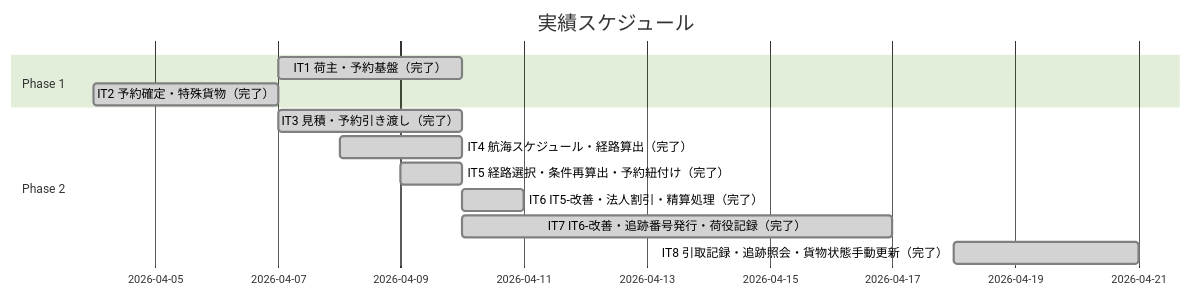
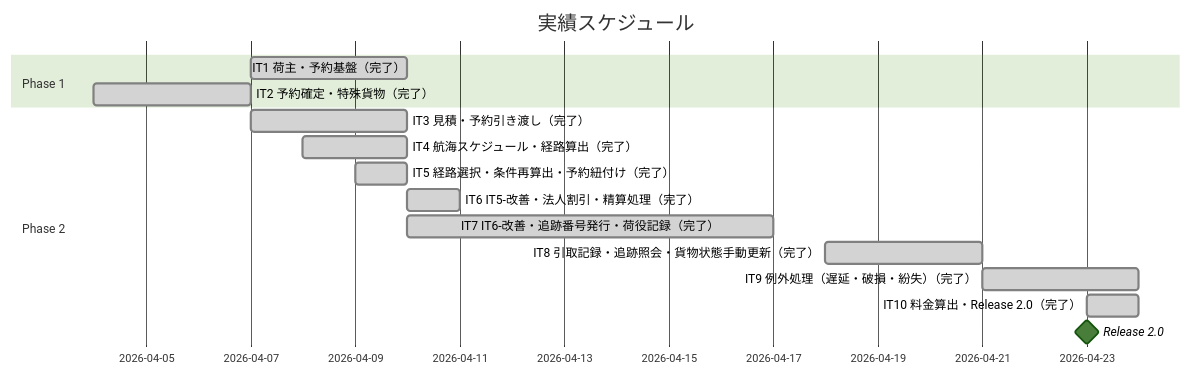
Before and after one commit to k2works/case-study-cargo-tracker: the second of 3 diagrams in docs/development/release_plan.md, drawn with Mermaid (forest theme). The commit also changed other lines of this file and 3 other files, not shown here.

````diff
--- a/docs/development/release_plan.md
+++ b/docs/development/release_plan.md
@@ -159,15 +159,18 @@
 ```mermaid
 gantt
     title 実績スケジュール
     dateFormat  YYYY-MM-DD
     section Phase 1
     IT1 荷主・予約基盤（完了）         :done, a1, 2026-04-07, 3d
     IT2 予約確定・特殊貨物（完了）     :done, a2, 2026-04-04, 3d
     section Phase 2
     IT3 見積・予約引き渡し（完了）     :done, a3, 2026-04-07, 3d
     IT4 航海スケジュール・経路算出（完了） :done, a4, 2026-04-08, 2d
     IT5 経路選択・条件再算出・予約紐付け（完了） :done, a5, 2026-04-09, 1d
     IT6 IT5-改善・法人割引・精算処理（完了） :done, a6, 2026-04-10, 1d
     IT7 IT6-改善・追跡番号発行・荷役記録（完了） :done, a7, 2026-04-10, 7d
     IT8 引取記録・追跡照会・貨物状態手動更新（完了） :done, a8, 2026-04-18, 3d
+    IT9 例外処理（遅延・破損・紛失）（完了）       :done, a9, 2026-04-21, 3d
+    IT10 料金算出・Release 2.0（完了）            :done, a10, 2026-04-23, 1d
+    Release 2.0                                   :milestone, m4, 2026-04-23, 0d
 ```
````
